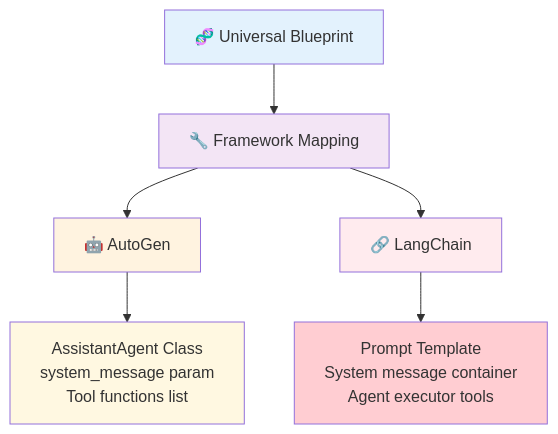
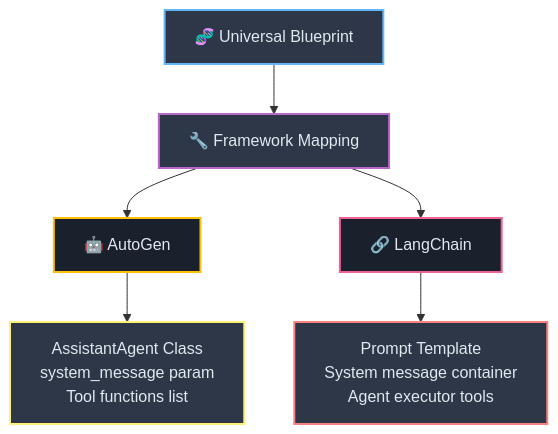
The fifth of 6 diagrams in Part_II_Section_6_Implementing_Agentic_Blueprints_Model-Specific_Architectures.md (josemlopez/prompt_tutorial), drawn with Mermaid before and after one commit. The commit also changed other lines of this file and 7 other files, not shown here.

````diff
--- a/Part_II_Section_6_Implementing_Agentic_Blueprints_Model-Specific_Architectures.md
+++ b/Part_II_Section_6_Implementing_Agentic_Blueprints_Model-Specific_Architectures.md
@@ -239,18 +250,18 @@
 ```mermaid
 graph TB
-    A[🧬 Universal Blueprint] --> B[🔧 Framework Mapping]
-    
-    B --> C[🤖 AutoGen]
-    B --> D[🔗 LangChain]
-    
-    C --> E[AssistantAgent Class<br/>system_message param<br/>Tool functions list]
-    
-    D --> F[Prompt Template<br/>System message container<br/>Agent executor tools]
-    
-    style A fill:#e3f2fd
-    style B fill:#f3e5f5
-    style C fill:#fff3e0
-    style D fill:#ffebee
-    style E fill:#fff8e1
-    style F fill:#ffcdd2
+   A[🧬 Universal Blueprint] --> B[🔧 Framework Mapping]
+   
+   B --> C[🤖 AutoGen]
+   B --> D[🔗 LangChain]
+   
+   C --> E[AssistantAgent Class<br/>system_message param<br/>Tool functions list]
+   
+   D --> F[Prompt Template<br/>System message container<br/>Agent executor tools]
+   
+   style A fill:#2d3748,stroke:#64b5f6,stroke-width:2px,color:#e2e8f0
+   style B fill:#2d3748,stroke:#ba68c8,stroke-width:2px,color:#e2e8f0
+   style C fill:#1a202c,stroke:#ffc107,stroke-width:2px,color:#e2e8f0
+   style D fill:#1a202c,stroke:#f06292,stroke-width:2px,color:#e2e8f0
+   style E fill:#2d3748,stroke:#fff176,stroke-width:2px,color:#e2e8f0
+   style F fill:#2d3748,stroke:#fc8181,stroke-width:2px,color:#e2e8f0
 ```
````
